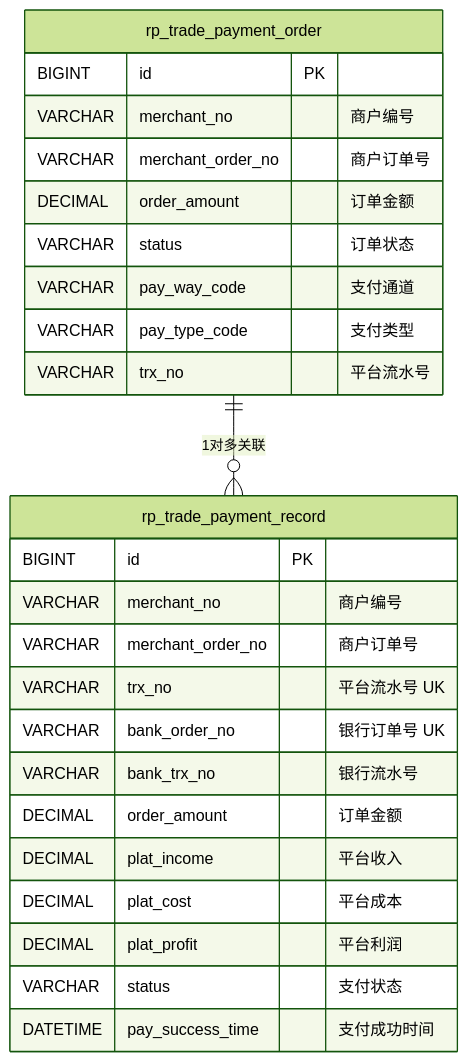
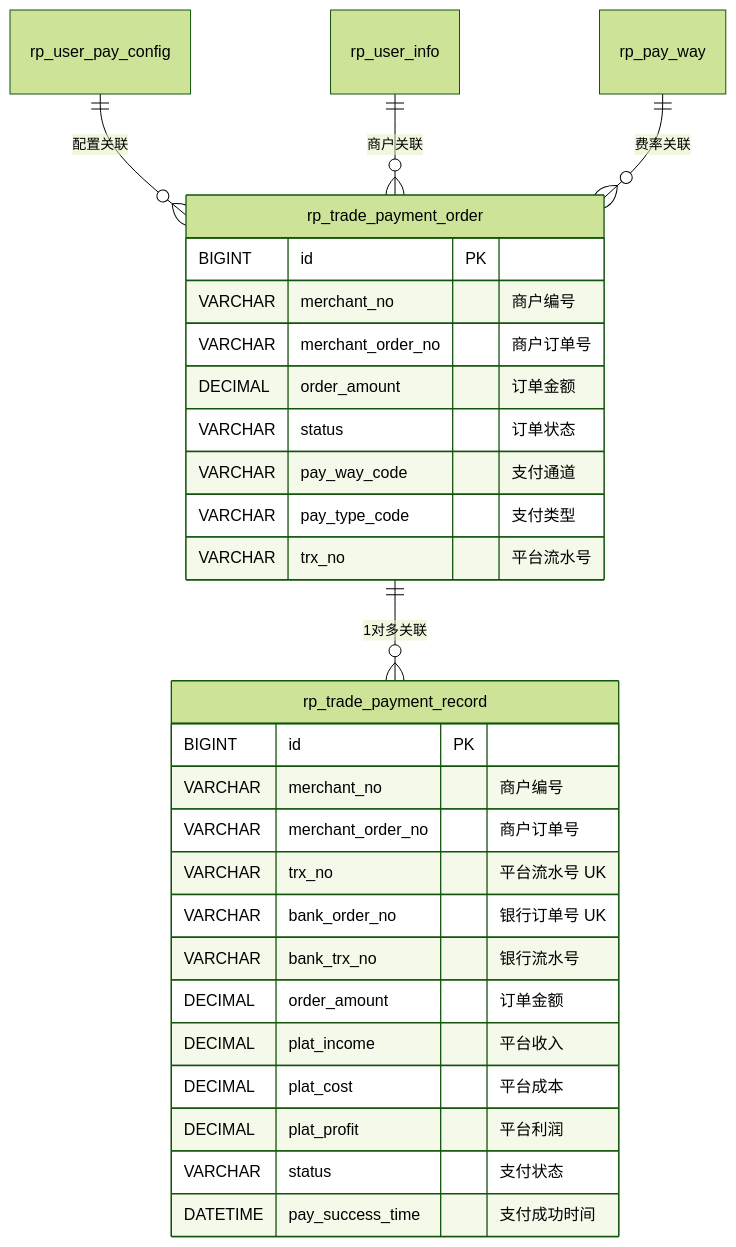
The diagram in docs/docs-design/database-design.md (Godlovexbog/roncoo-pay), drawn with Mermaid (forest theme) before and after one commit. The commit also changed other lines of this file and 8 other files, not shown here.

````diff
--- a/docs/docs-design/database-design.md
+++ b/docs/docs-design/database-design.md
@@ -146,30 +150,33 @@
 ```mermaid
 erDiagram
     rp_trade_payment_order ||--o{ rp_trade_payment_record : "1对多关联"
+    rp_user_pay_config ||--o{ rp_trade_payment_order : "配置关联"
+    rp_user_info ||--o{ rp_trade_payment_order : "商户关联"
+    rp_pay_way ||--o{ rp_trade_payment_order : "费率关联"
 
     rp_trade_payment_order {
         BIGINT id PK
         VARCHAR merchant_no "商户编号"
         VARCHAR merchant_order_no "商户订单号"
         DECIMAL order_amount "订单金额"
         VARCHAR status "订单状态"
         VARCHAR pay_way_code "支付通道"
         VARCHAR pay_type_code "支付类型"
         VARCHAR trx_no "平台流水号"
     }
 
     rp_trade_payment_record {
         BIGINT id PK
         VARCHAR merchant_no "商户编号"
         VARCHAR merchant_order_no "商户订单号"
         VARCHAR trx_no "平台流水号 UK"
         VARCHAR bank_order_no "银行订单号 UK"
         VARCHAR bank_trx_no "银行流水号"
         DECIMAL order_amount "订单金额"
         DECIMAL plat_income "平台收入"
         DECIMAL plat_cost "平台成本"
         DECIMAL plat_profit "平台利润"
         VARCHAR status "支付状态"
         DATETIME pay_success_time "支付成功时间"
     }
 ```
````
